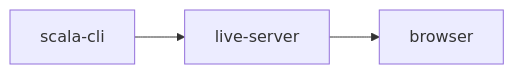
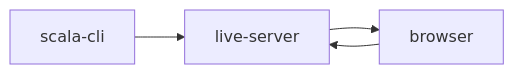
Before and after one commit to Quafadas/Whimsy: the third of 3 diagrams in _posts/2024-03-03-ESModules-At-Link-Time.md, drawn with Mermaid. The commit also changed other lines of this file, not shown here.

```diff
--- a/_posts/2024-03-03-ESModules-At-Link-Time.md
+++ b/_posts/2024-03-03-ESModules-At-Link-Time.md
@@ -84,4 +87,6 @@
 <pre class="mermaid">
 flowchart LR
-  scala-cli --> live-server --> browser
+  scala-cli --> live-server
+  live-server --> browser
+  browser --> live-server
 </pre>
```
